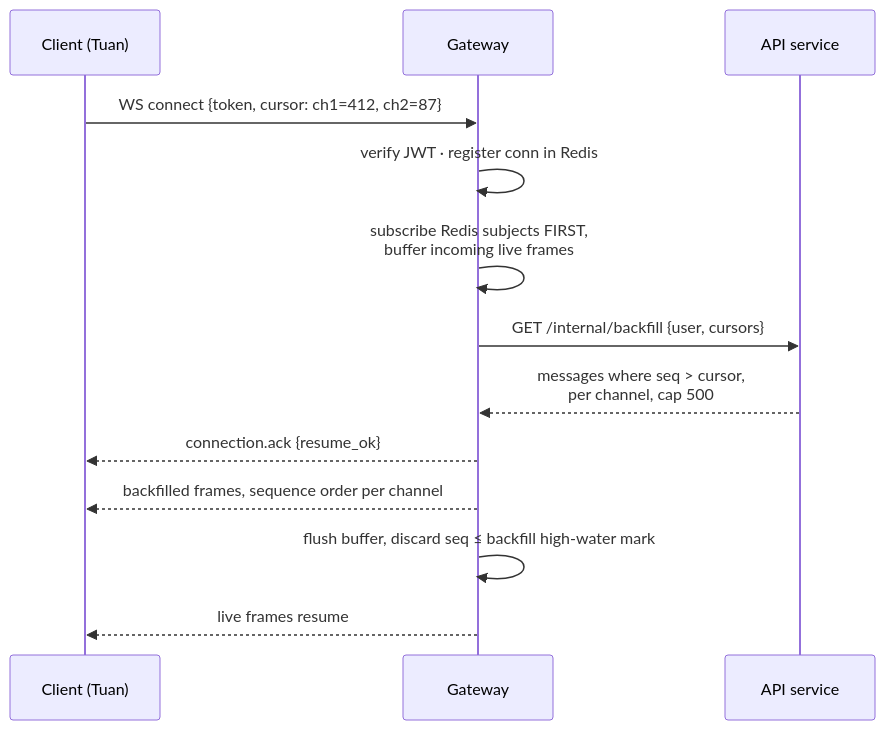
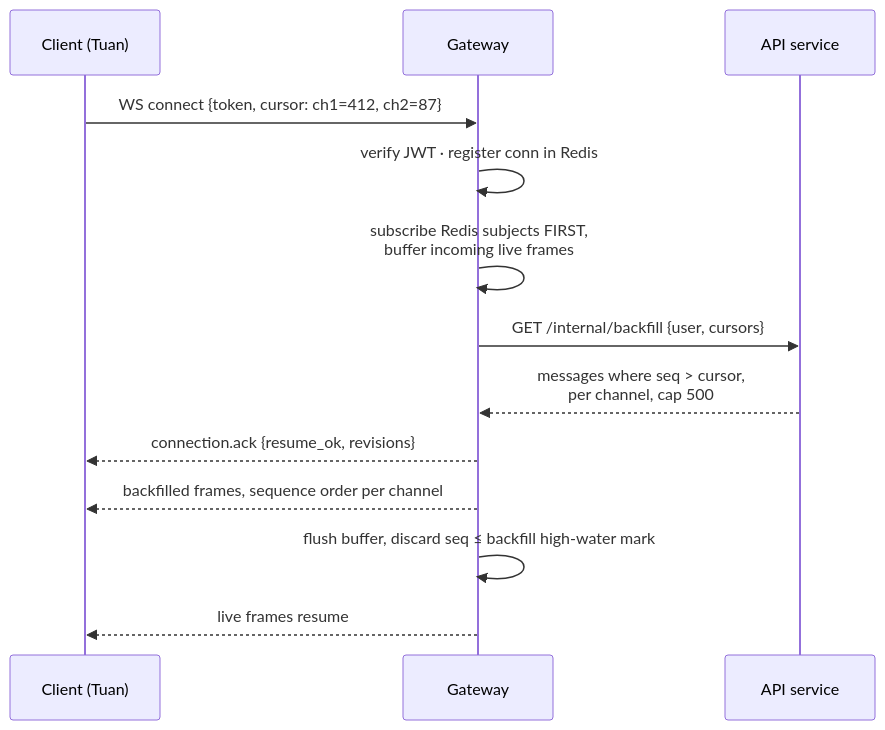
Before and after one commit to anhba817/relay-tutorial: the fifth of 7 diagrams in content/docs/05-sad.md, drawn with Mermaid. The commit also changed other lines of this file and 2 other files, not shown here.

````diff
--- a/content/docs/05-sad.md
+++ b/content/docs/05-sad.md
@@ -303,16 +303,16 @@
 ```mermaid
 sequenceDiagram
     participant T as Client (Tuan)
     participant G as Gateway
     participant A as API service
 
     T->>G: WS connect {token, cursor: ch1=412, ch2=87}
     G->>G: verify JWT · register conn in Redis
     G->>G: subscribe Redis subjects FIRST,<br/>buffer incoming live frames
     G->>A: GET /internal/backfill {user, cursors}
     A-->>G: messages where seq > cursor,<br/>per channel, cap 500
-    G-->>T: connection.ack {resume_ok}
+    G-->>T: connection.ack {resume_ok, revisions}
     G-->>T: backfilled frames, sequence order per channel
     G->>G: flush buffer, discard seq ≤ backfill high-water mark
     G-->>T: live frames resume
 ```
````
